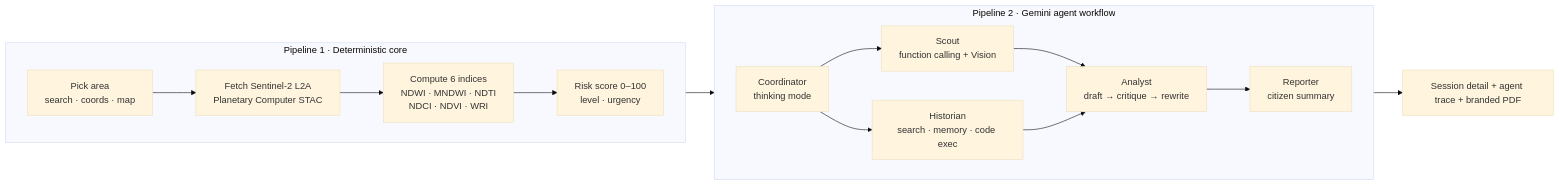
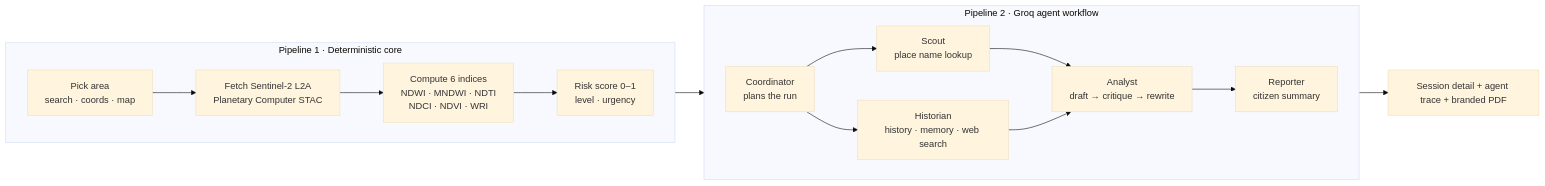
Before and after one commit to hasnainaliasghar/AquaLinks: the first of 2 diagrams in README.md, drawn with Mermaid (base theme). The commit also changed other lines of this file, not shown here.

First line of the commit message:
Replace 'Gemini' with 'Groq' and update descriptions

````diff
--- a/README.md
+++ b/README.md
@@ -71,21 +73,21 @@
 ```mermaid
 flowchart LR
     subgraph P1[Pipeline 1 · Deterministic core]
         direction LR
         A[Pick area<br/>search · coords · map] --> B[Fetch Sentinel-2 L2A<br/>Planetary Computer STAC]
         B --> C[Compute 6 indices<br/>NDWI · MNDWI · NDTI<br/>NDCI · NDVI · WRI]
-        C --> D[Risk score 0–100<br/>level · urgency]
+        C --> D[Risk score 0–1<br/>level · urgency]
     end
 
-    subgraph P2[Pipeline 2 · Gemini agent workflow]
+    subgraph P2[Pipeline 2 · Groq agent workflow]
         direction LR
-        E[Coordinator<br/>thinking mode] --> F[Scout<br/>function calling + Vision]
-        E --> G[Historian<br/>search · memory · code exec]
+        E[Coordinator<br/>plans the run] --> F[Scout<br/>place name lookup]
+        E --> G[Historian<br/>history · memory · web search]
         F --> H[Analyst<br/>draft → critique → rewrite]
         G --> H
         H --> I[Reporter<br/>citizen summary]
     end
 
     D --> E
     I --> J[Session detail + agent trace + branded PDF]
 ```
````
